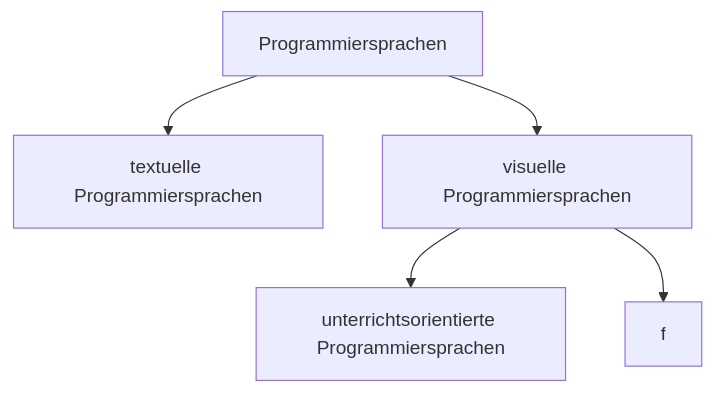
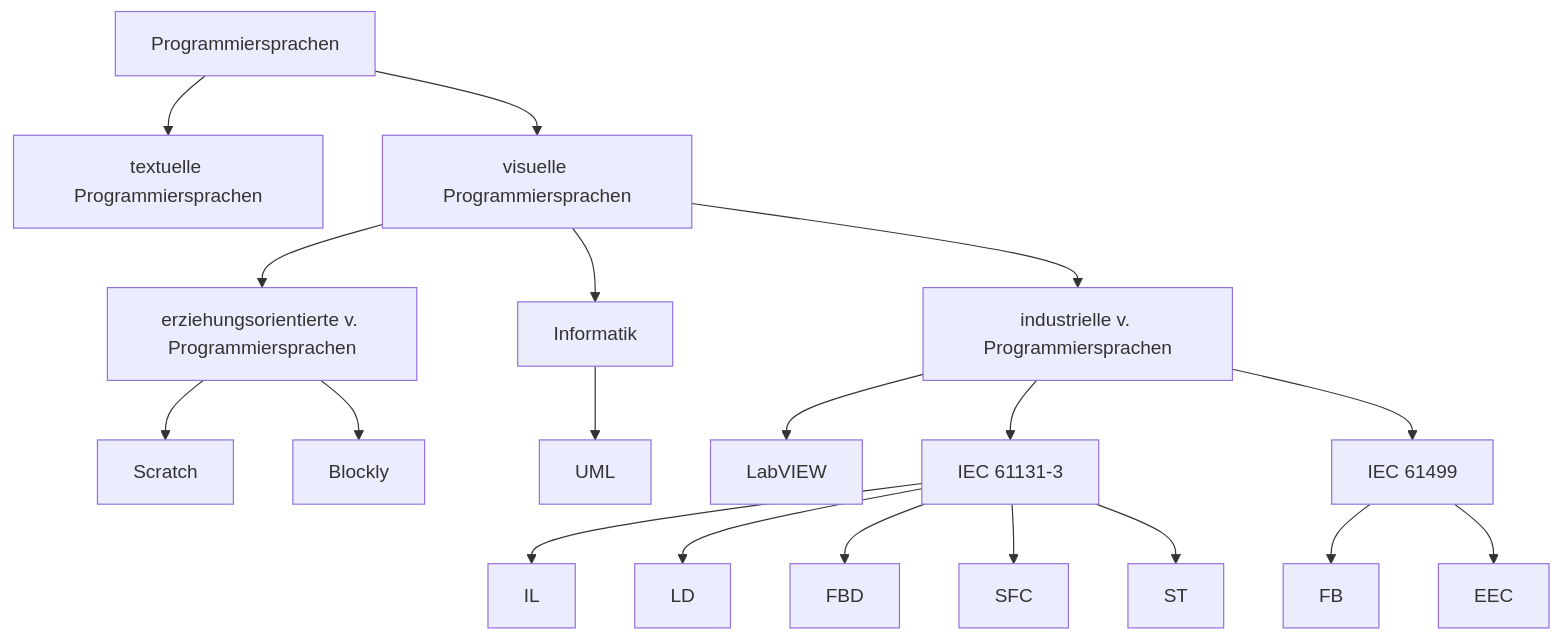
The diagram in docs/Diagramm.md (Meisterschulen-am-Ostbahnhof-Munchen/visual-programming-languages-docs), drawn with Mermaid before and after one commit.

````diff
--- a/docs/Diagramm.md
+++ b/docs/Diagramm.md
@@ -3,7 +3,21 @@
 ```mermaid
 flowchart TB
 A["Programmiersprachen"] --> B["textuelle Programmiersprachen"]
 A--> C["visuelle Programmiersprachen"]
-C -->D["unterrichtsorientierte Programmiersprachen"]
-C -->E["f"]
+C -->D["erziehungsorientierte v. Programmiersprachen"]
+D --> Scratch
+D --> Blockly
+C -->E["industrielle v. Programmiersprachen"]
+C -->Informatik
+Informatik --> UML
+E --> H["LabVIEW"]
+E --> F["IEC 61131-3"]
+E --> G["IEC 61499"]
+F --> IL
+F --> LD
+F --> FBD
+F --> SFC
+F --> ST
+G --> FB
+G --> EEC
 ```
````
